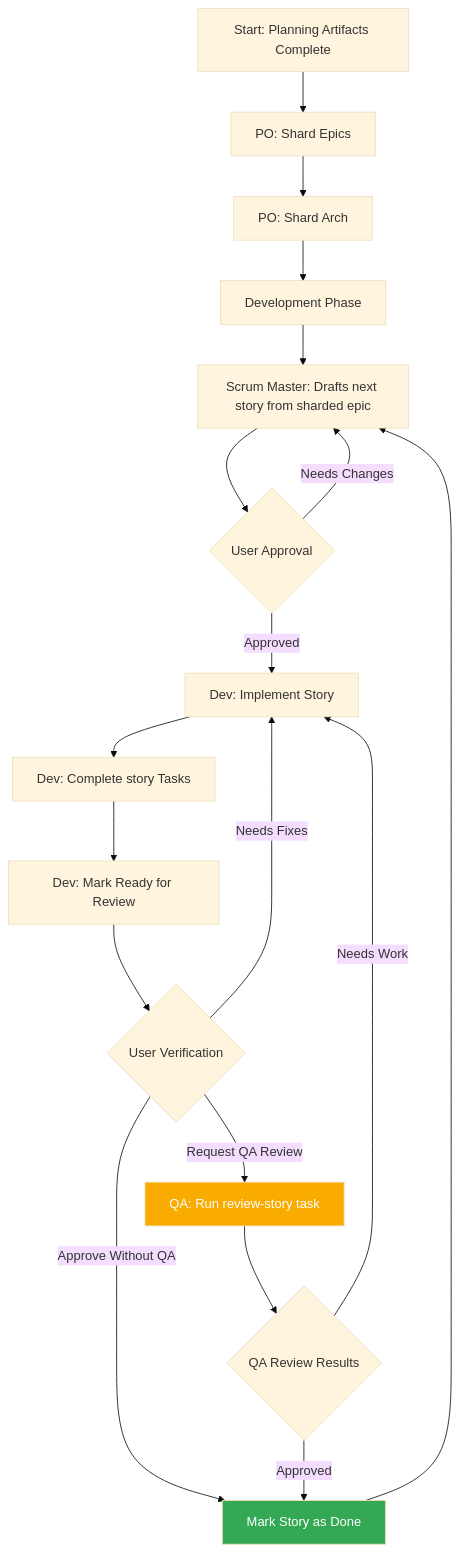
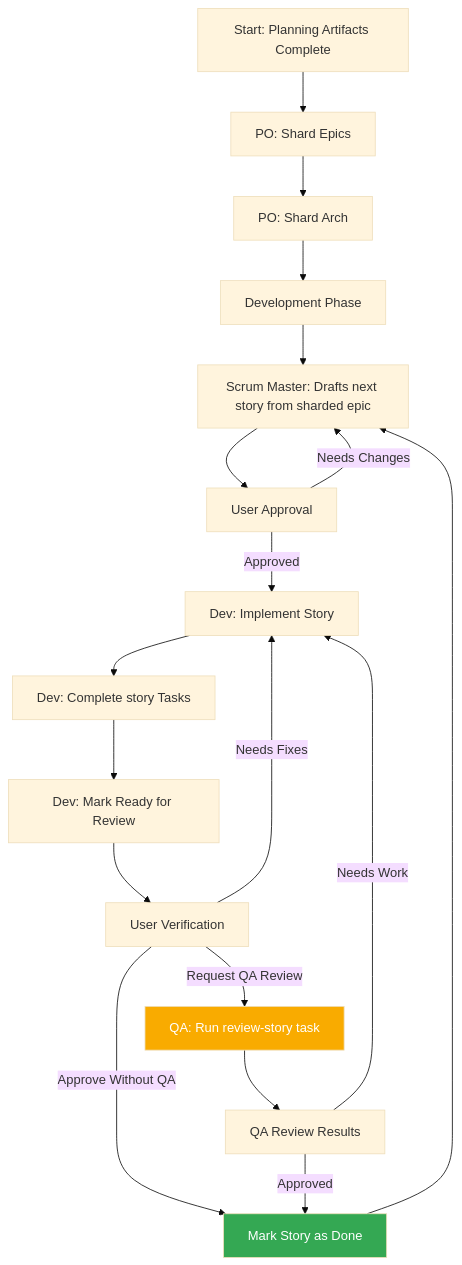
Before and after one commit to bychrisr/aios-docs: the third of 3 diagrams in content/en/docs/core-architecture.mdx, drawn with Mermaid (base theme). The commit also changed other lines of this file and 40 other files, not shown here.

````diff
--- a/content/en/docs/core-architecture.mdx
+++ b/content/en/docs/core-architecture.mdx
@@ -203,23 +203,23 @@
 ```mermaid
 graph TD
     A["Start: Planning Artifacts Complete"] --> B["PO: Shard Epics"]
     B --> C["PO: Shard Arch"]
     C --> D["Development Phase"]
     D --> E["Scrum Master: Drafts next story from sharded epic"]
-    E --> F{"User Approval"}
+    E --> F["User Approval"]
     F -->|Approved| G["Dev: Implement Story"]
     F -->|Needs Changes| E
     G --> H["Dev: Complete story Tasks"]
     H --> I["Dev: Mark Ready for Review"]
-    I --> J{"User Verification"}
+    I --> J["User Verification"]
     J -->|Request QA Review| K["QA: Run review-story task"]
     J -->|Approve Without QA| M["Mark Story as Done"]
-    K --> L{"QA Review Results"}
+    K --> L["QA Review Results"]
     L -->|Needs Work| G
     L -->|Approved| M["Mark Story as Done"]
     J -->|Needs Fixes| G
     M --> E
 
     style M fill:#34a853,color:#fff
     style K fill:#f9ab00,color:#fff
 ```
````
